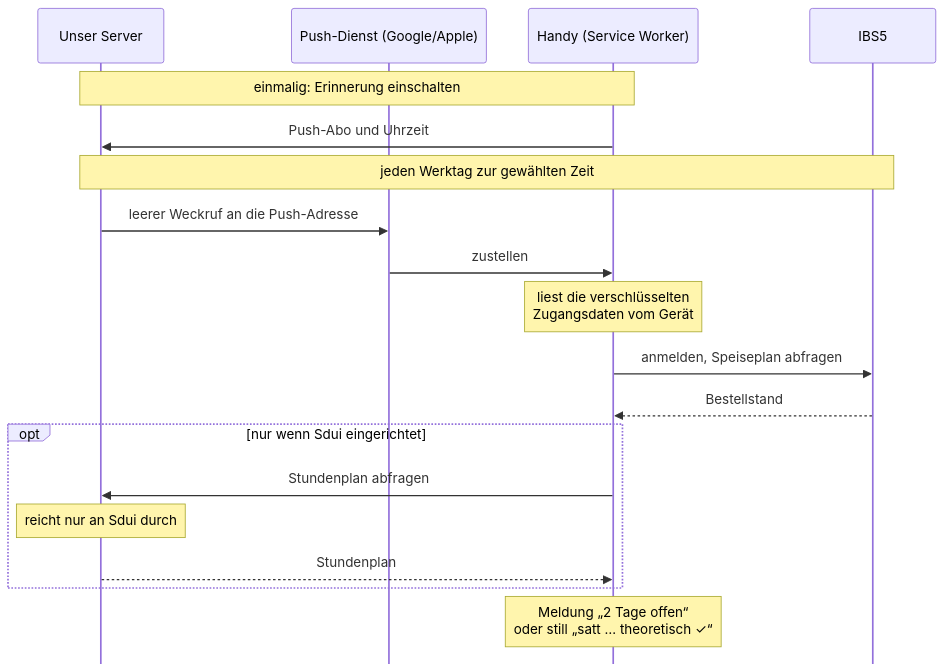
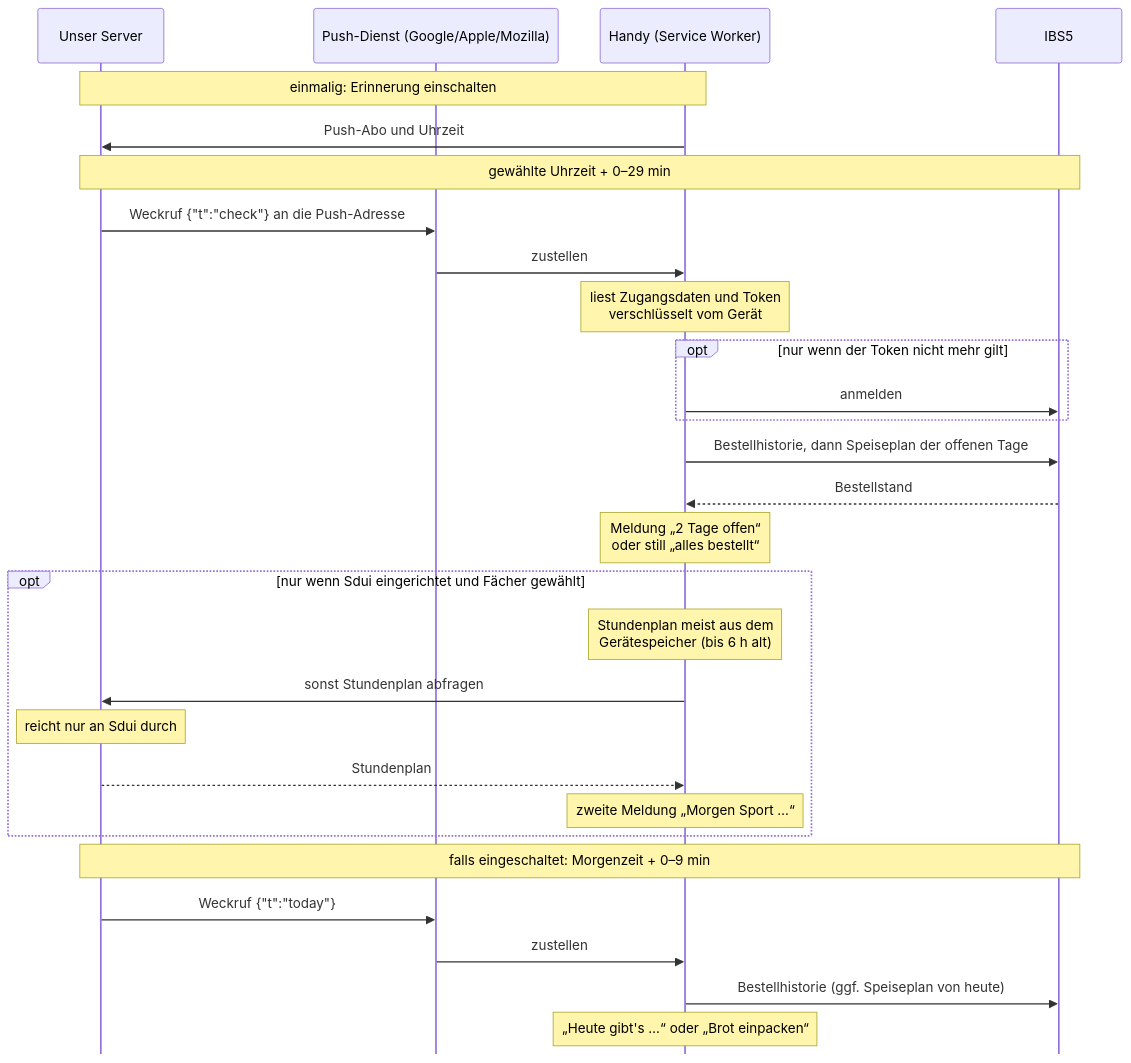
One commit to thmschk/sunshine-reminder changed the diagram in README.md. Above: the diagram before and after it, drawn with Mermaid. The commit also changed other lines of this file and 2 other files, not shown here.

````diff
--- a/README.md
+++ b/README.md
@@ -92,22 +107,32 @@
    ```mermaid
    %%{init: {"sequence": {"mirrorActors": false}}}%%
    sequenceDiagram
        participant S as Unser Server
-       participant P as Push-Dienst (Google/Apple)
+       participant P as Push-Dienst (Google/Apple/Mozilla)
        participant H as Handy (Service Worker)
        participant I as IBS5
        Note over S,H: einmalig: Erinnerung einschalten
        H->>S: Push-Abo und Uhrzeit
-       Note over S,I: jeden Werktag zur gewählten Zeit
-       S->>P: leerer Weckruf an die Push-Adresse
+       Note over S,I: gewählte Uhrzeit + 0–29 min
+       S->>P: Weckruf {"t":"check"} an die Push-Adresse
        P->>H: zustellen
-       Note over H: liest die verschlüsselten<br/>Zugangsdaten vom Gerät
-       H->>I: anmelden, Speiseplan abfragen
+       Note over H: liest Zugangsdaten und Token<br/>verschlüsselt vom Gerät
+       opt nur wenn der Token nicht mehr gilt
+           H->>I: anmelden
+       end
+       H->>I: Bestellhistorie, dann Speiseplan der offenen Tage
        I-->>H: Bestellstand
-       opt nur wenn Sdui eingerichtet
-           H->>S: Stundenplan abfragen
+       Note over H: Meldung „2 Tage offen“<br/>oder still „alles bestellt“
+       opt nur wenn Sdui eingerichtet und Fächer gewählt
+           Note over H: Stundenplan meist aus dem<br/>Gerätespeicher (bis 6 h alt)
+           H->>S: sonst Stundenplan abfragen
            Note over S: reicht nur an Sdui durch
            S-->>H: Stundenplan
+           Note over H: zweite Meldung „Morgen Sport …“
        end
-       Note over H: Meldung „2 Tage offen“<br/>oder still „satt … theoretisch ✓“
+       Note over S,I: falls eingeschaltet: Morgenzeit + 0–9 min
+       S->>P: Weckruf {"t":"today"}
+       P->>H: zustellen
+       H->>I: Bestellhistorie (ggf. Speiseplan von heute)
+       Note over H: „Heute gibt's …“ oder „Brot einpacken“
    ```
````
